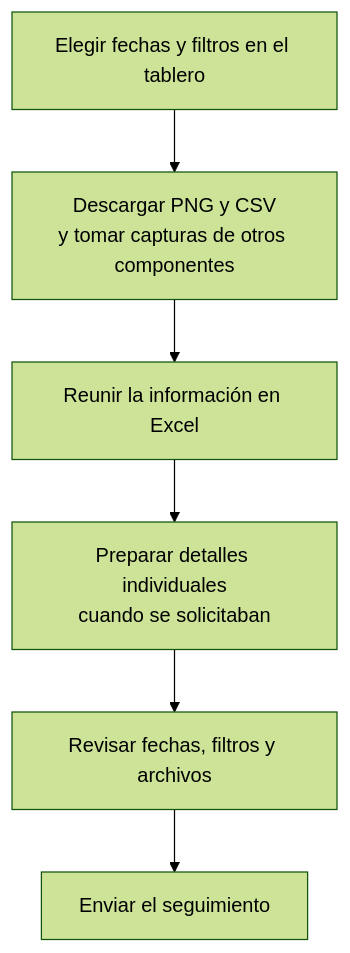
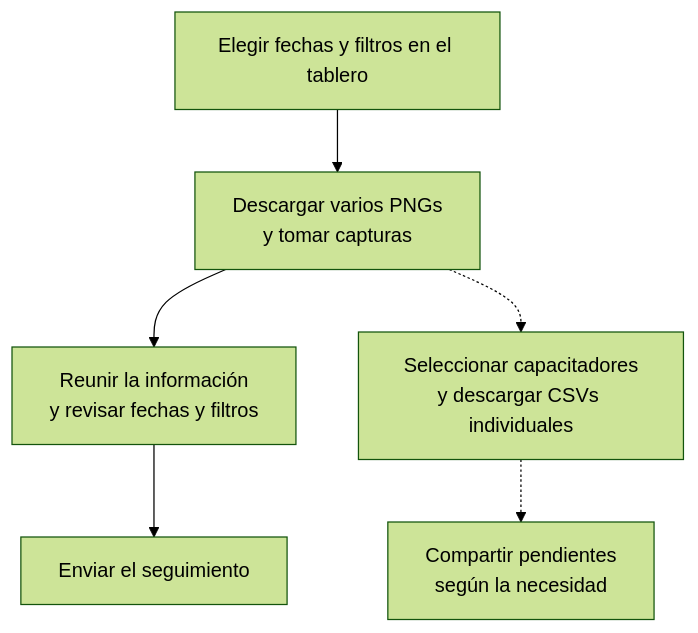
One commit to jminolli-e/case-studies changed the first of 2 diagrams in capacitaciones/actualizacion/README.md. Above: the diagram before and after it, drawn with Mermaid (forest theme). The commit also changed other lines of this file, not shown here.

````diff
--- a/capacitaciones/actualizacion/README.md
+++ b/capacitaciones/actualizacion/README.md
@@ -98,8 +98,8 @@
 ```mermaid
 flowchart TD
-    A["Elegir fechas y filtros en el tablero"] --> B["Descargar PNG y CSV<br/>y tomar capturas de otros componentes"]
-    B --> C["Reunir la información en Excel"]
-    C --> D["Preparar detalles individuales<br/>cuando se solicitaban"]
-    D --> E["Revisar fechas, filtros y archivos"]
-    E --> F["Enviar el seguimiento"]
+    A["Elegir fechas y filtros en el tablero"] --> B["Descargar varios PNGs<br/>y tomar capturas"]
+    B --> C["Reunir la información<br/>y revisar fechas y filtros"]
+    C --> D["Enviar el seguimiento"]
+    B -.-> E["Seleccionar capacitadores<br/>y descargar CSVs individuales"]
+    E -.-> F["Compartir pendientes<br/>según la necesidad"]
 ```
````
